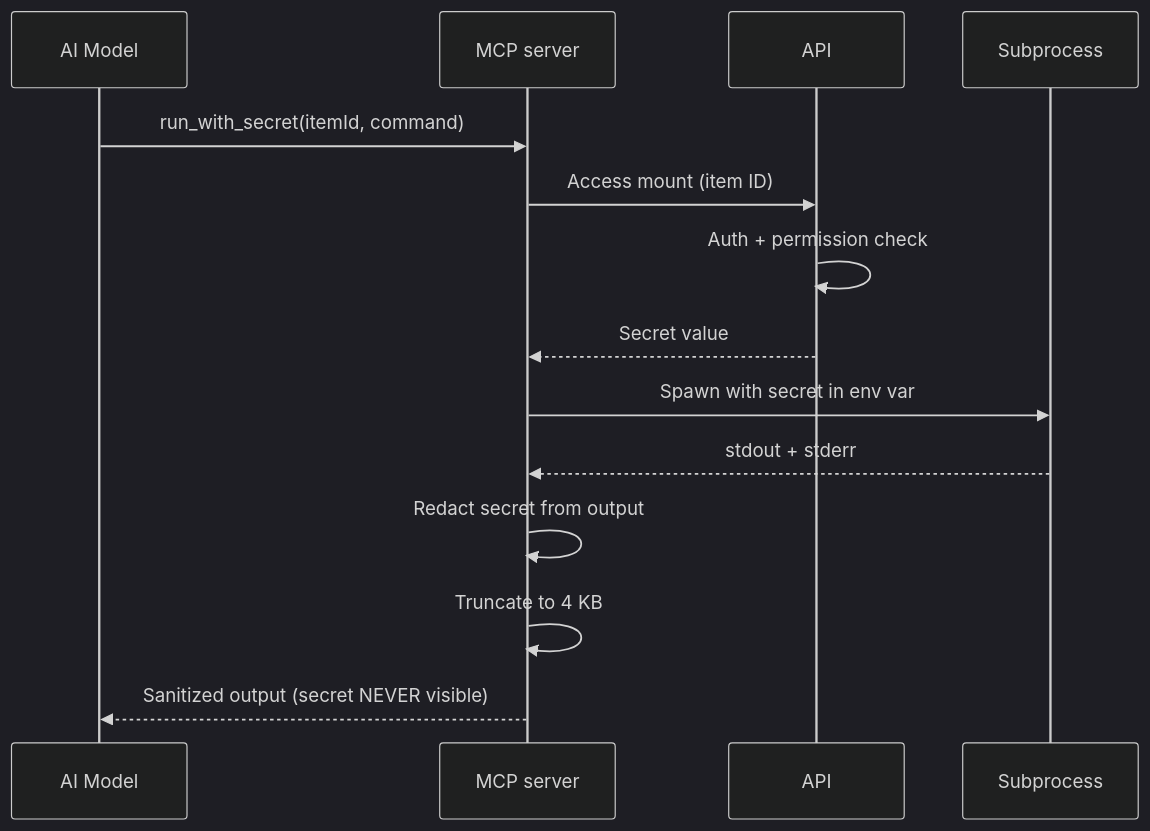
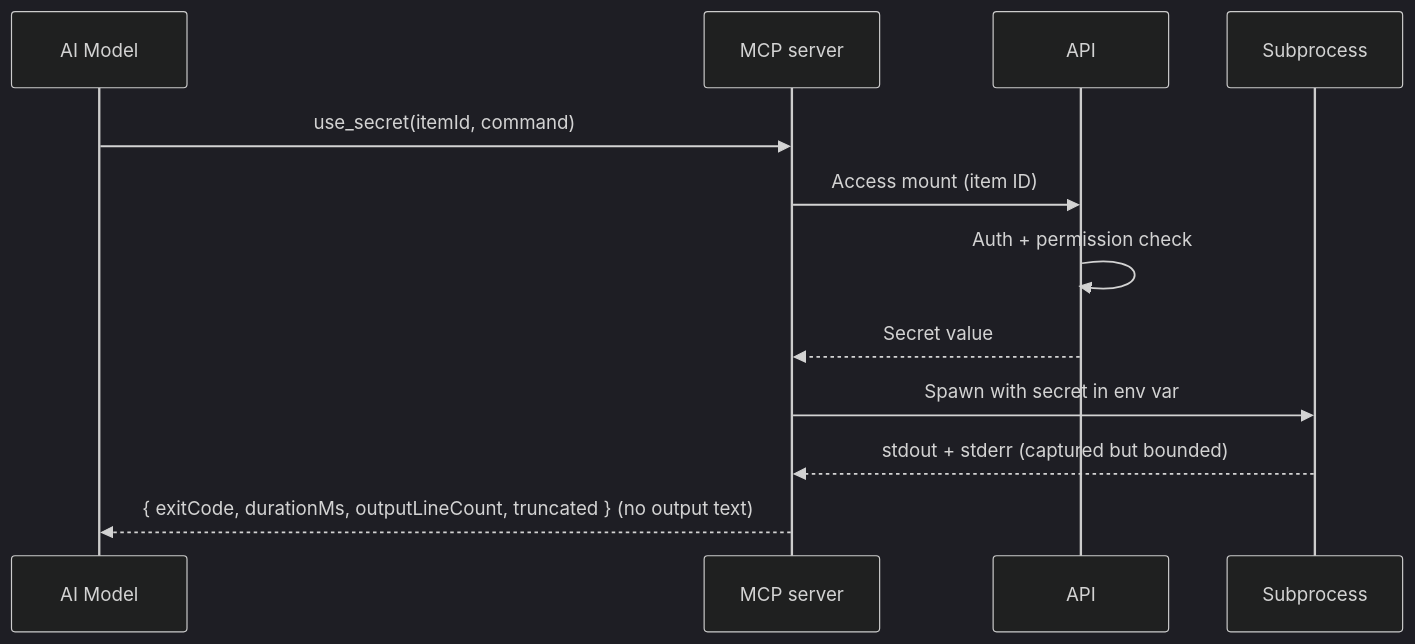
Diagram 15 of 15 in apps/docs/workflows/flows.mdx (punitarani/abadge), drawn with Mermaid (dark theme) before and after one commit. The commit also changed 11 other files, not shown here.

````diff
--- a/apps/docs/workflows/flows.mdx
+++ b/apps/docs/workflows/flows.mdx
@@ -327,17 +327,15 @@
 ```mermaid
 sequenceDiagram
   participant LLM as AI Model
   participant MCP as MCP server
   participant API as API
   participant Proc as Subprocess
 
-  LLM->>MCP: run_with_secret(itemId, command)
+  LLM->>MCP: use_secret(itemId, command)
   MCP->>API: Access mount (item ID)
   API->>API: Auth + permission check
   API-->>MCP: Secret value
   MCP->>Proc: Spawn with secret in env var
-  Proc-->>MCP: stdout + stderr
-  MCP->>MCP: Redact secret from output
-  MCP->>MCP: Truncate to 4 KB
-  MCP-->>LLM: Sanitized output (secret NEVER visible)
+  Proc-->>MCP: stdout + stderr (captured but bounded)
+  MCP-->>LLM: { exitCode, durationMs, outputLineCount, truncated } (no output text)
 ```
````
